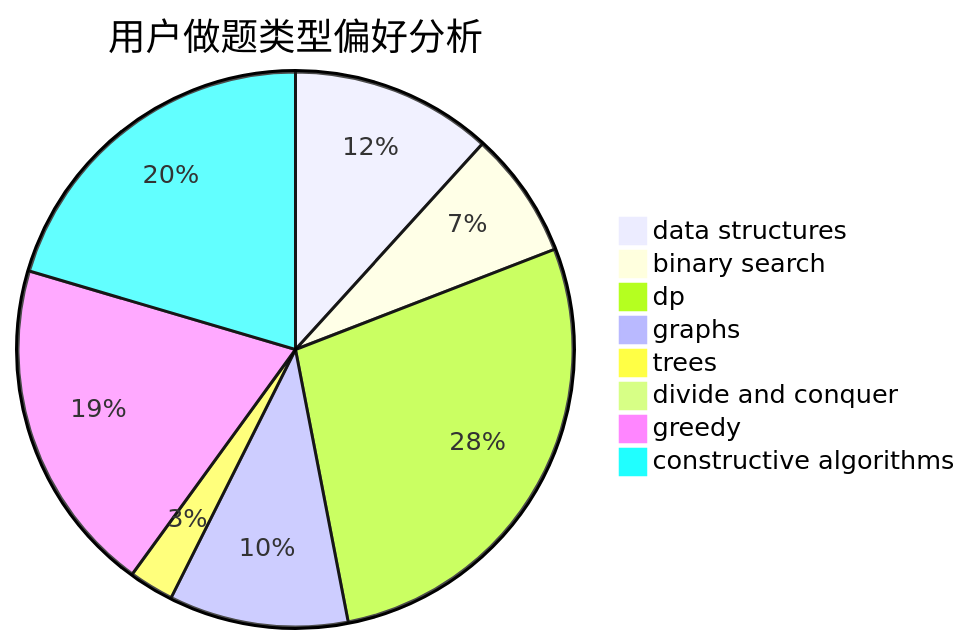
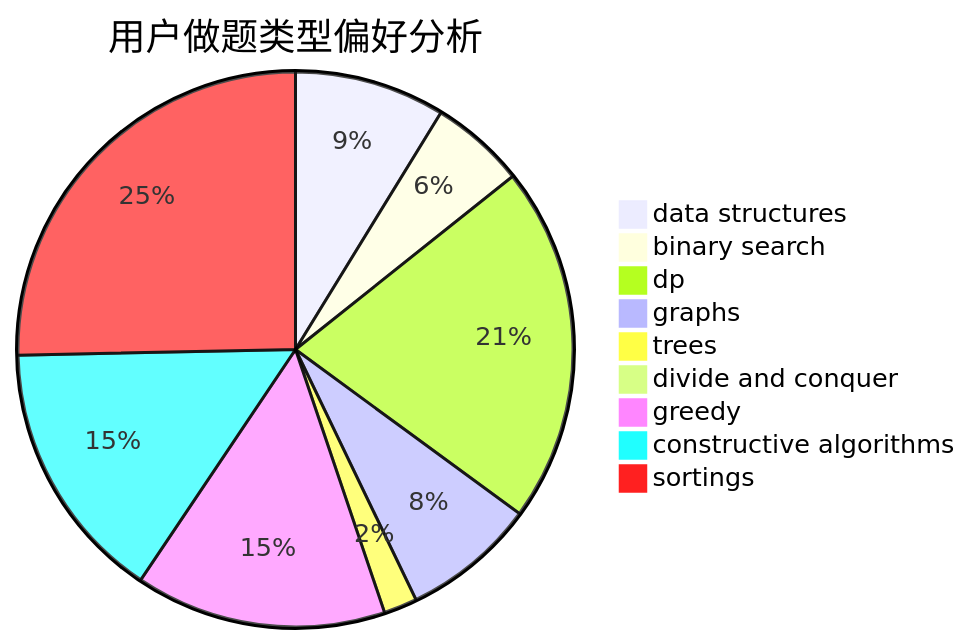
Before and after one commit to sherpahu/cfrs.github.io: the second of 3 diagrams in docs/user/u2276.md, drawn with Mermaid. The commit also changed other lines of this file and 2769 other files, not shown here.

````diff
--- a/docs/user/u2276.md
+++ b/docs/user/u2276.md
@@ -23,11 +18,12 @@
 ```mermaid
 pie title 用户做题类型偏好分析
     "data structures" :  27
     "binary search" :  17
     "dp" :  64
     "graphs" :  24
     "trees" :  6
     "divide and conquer" :  1
     "greedy" :  45
     "constructive algorithms" :  47
+    "sortings" :  78
 ```
````
